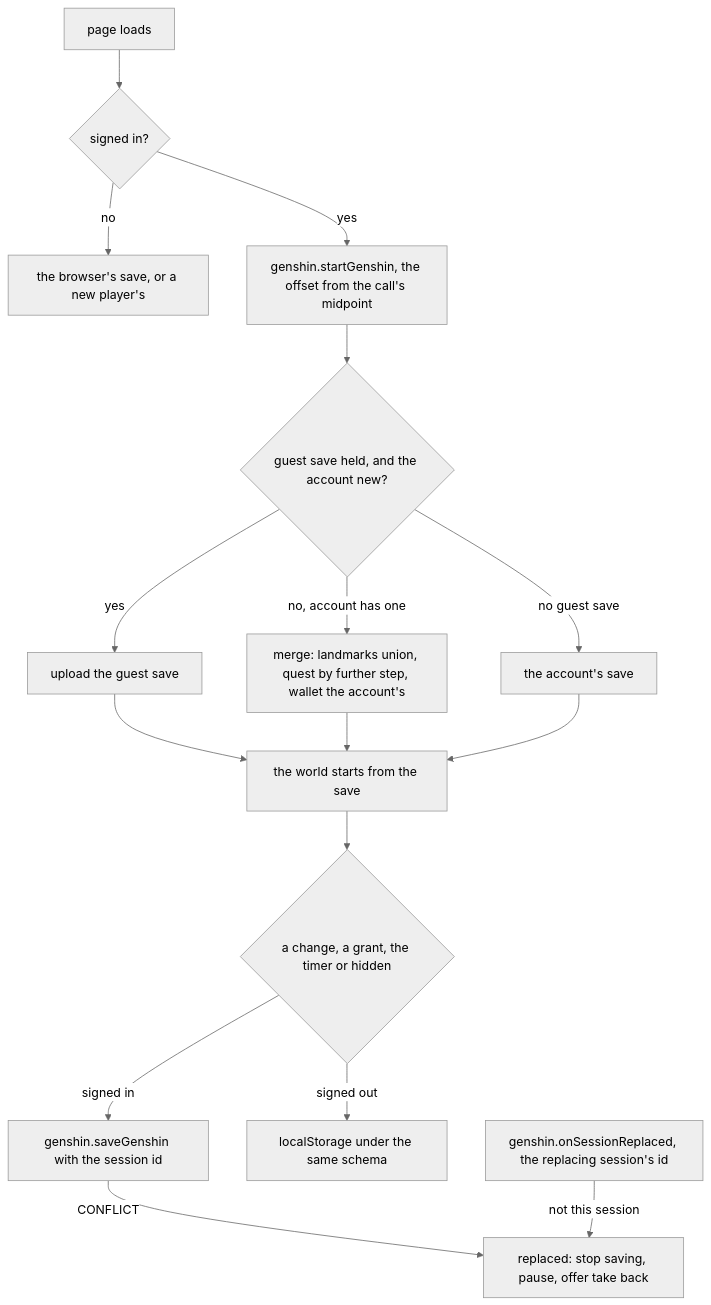
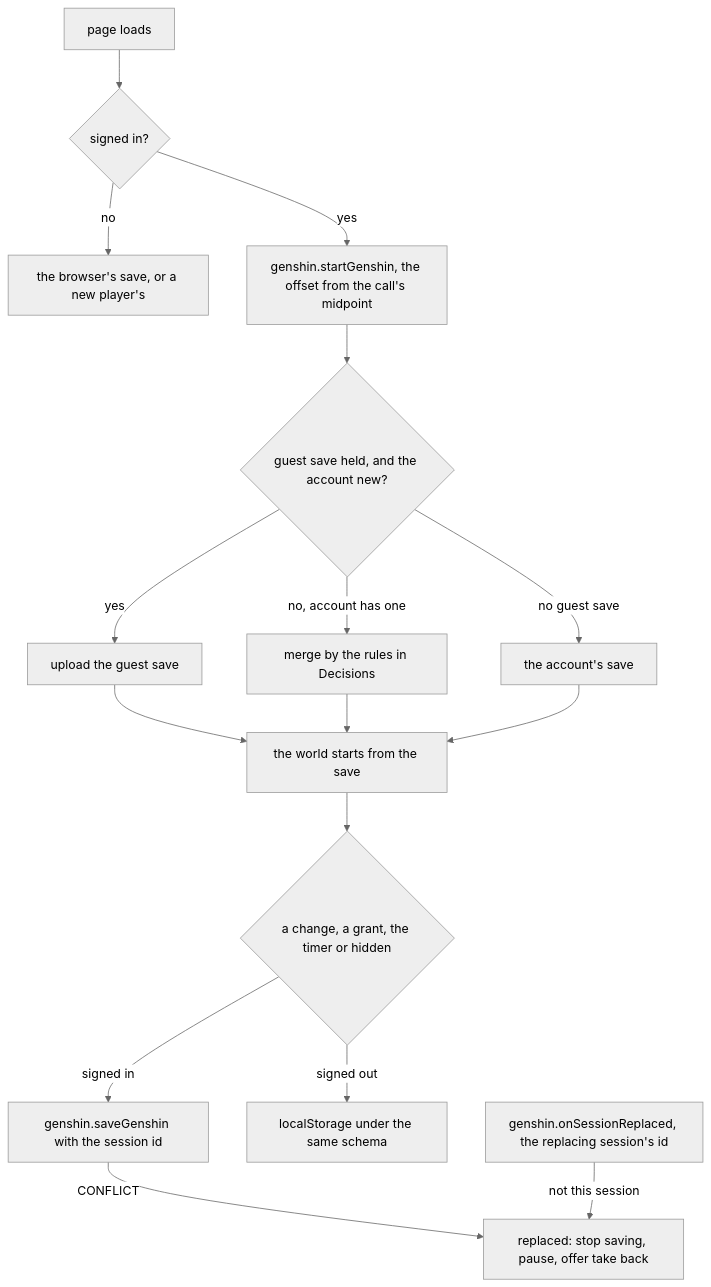
The second of 3 diagrams in apps/web/content/docs/genshin/save-data.md (Esposter/Esposter), drawn with Mermaid (neutral theme) before and after one commit. The commit also changed other lines of this file and 7 other files, not shown here.

````diff
--- a/apps/web/content/docs/genshin/save-data.md
+++ b/apps/web/content/docs/genshin/save-data.md
@@ -32,18 +32,18 @@
 ```mermaid
 flowchart TD
   L["page loads"] --> S{"signed in?"}
   S -->|"no"| G["the browser's save, or a new player's"]
   S -->|"yes"| ST["genshin.startGenshin, the offset from the call's midpoint"]
   ST --> M{"guest save held, and the account new?"}
   M -->|"yes"| U["upload the guest save"]
-  M -->|"no, account has one"| MG["merge: landmarks union, quest by further step, wallet the account's"]
+  M -->|"no, account has one"| MG["merge by the rules in Decisions"]
   M -->|"no guest save"| A["the account's save"]
   U --> W["the world starts from the save"]
   MG --> W
   A --> W
   W --> C{"a change, a grant, the timer or hidden"}
   C -->|"signed in"| SV["genshin.saveGenshin with the session id"]
   C -->|"signed out"| LS["localStorage under the same schema"]
   SV -->|"CONFLICT"| R["replaced: stop saving, pause, offer take back"]
   RP["genshin.onSessionReplaced, the replacing session's id"] -->|"not this session"| R
 ```
````
